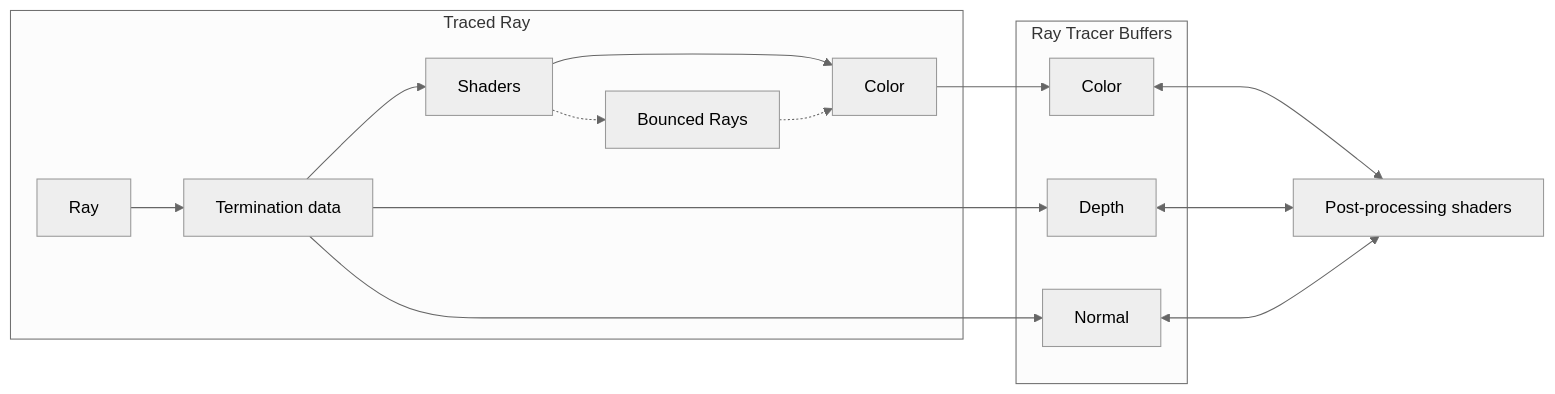
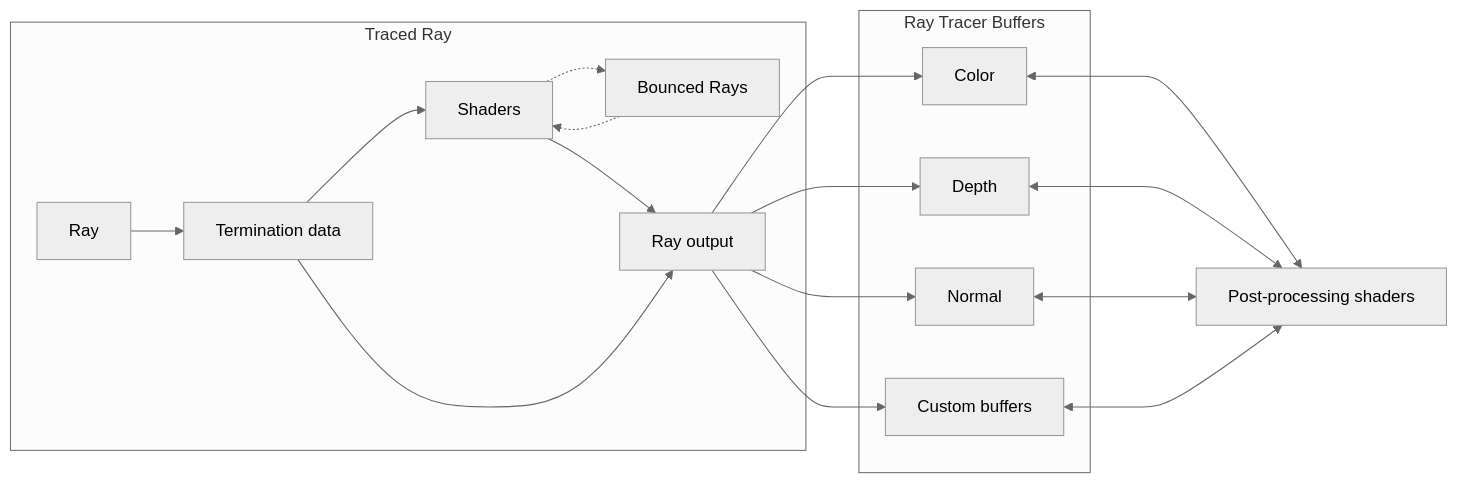
Before and after one commit to tenx29/luau-ray-tracer: the diagram in docs/api-reference/render-pipeline.md, drawn with Mermaid (neutral theme).

Commit message:
Updated render pipeline graph

````diff
--- a/docs/api-reference/render-pipeline.md
+++ b/docs/api-reference/render-pipeline.md
@@ -5,22 +5,26 @@
 ```mermaid
 flowchart LR
     subgraph Traced Ray
         A[Ray] --> B[Termination data];
         B --> C[Shaders];
         C -.-> R[Bounced Rays];
-        C --> D[Color];
-        R -.-> D;
+        R -.-> C;
+        C --> D[Ray output];
     end
 
     subgraph Ray Tracer Buffers
         E[Color];
         F[Depth];
         G[Normal];
+        I[Custom buffers];
     end
 
+    B --> D;
+
     D --> E;
-    B ----> F;
-    B ----> G;
+    D --> F;
+    D --> G;
+    D --> I;
 
-    E & F & G <---> H[Post-processing shaders];
+    E & F & G & I <---> H[Post-processing shaders];
 ```
````
